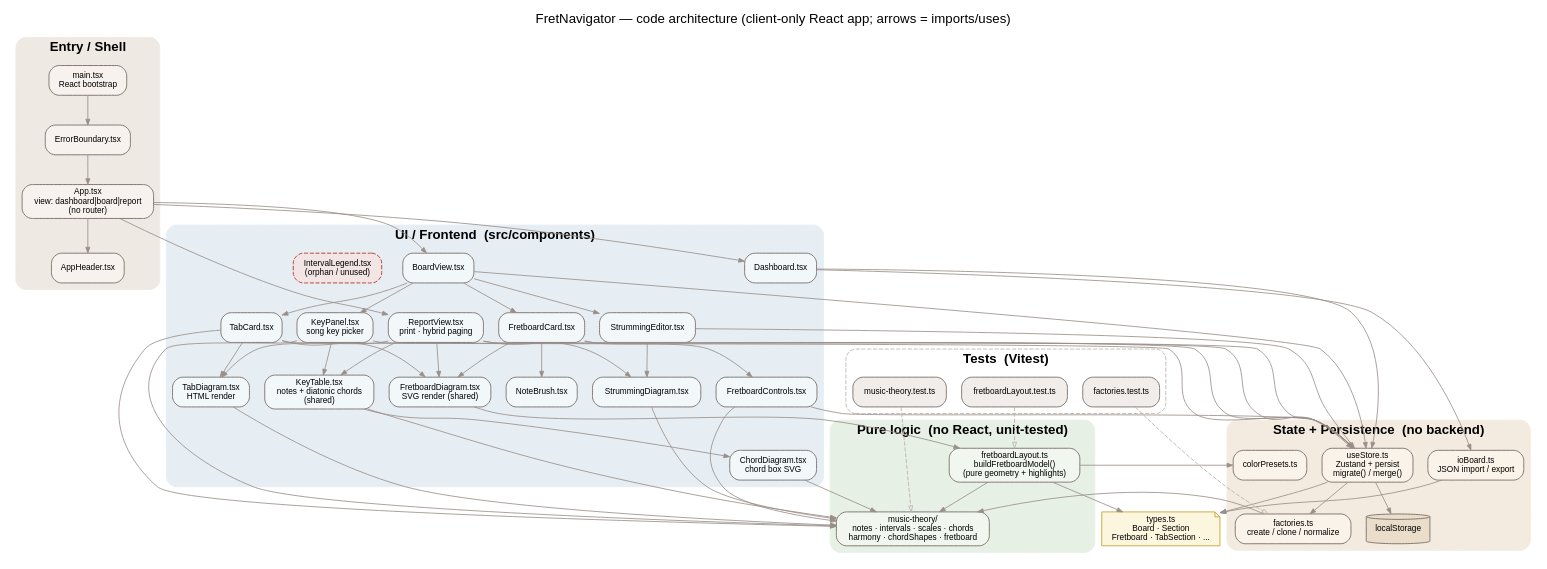
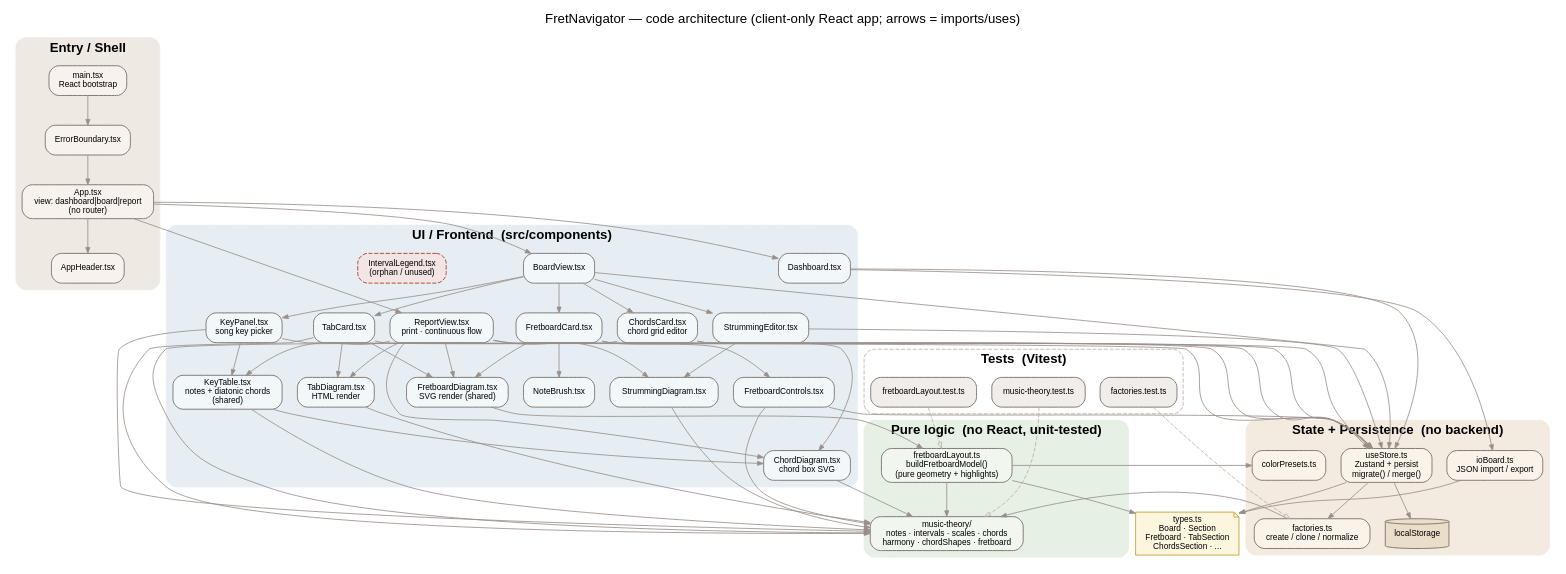
One commit to acamoes/FretNavigator changed the diagram in architecture.dot. Above: the diagram before and after it, drawn with Graphviz. The commit also changed 15 other files, not shown here.

First line of the commit message:
Add a chords section: a grid of chord boxes per song

```diff
--- a/architecture.dot
+++ b/architecture.dot
@@ -1,144 +1,150 @@
 // FretNavigator — code architecture.
 // Render:  dot -Tsvg architecture.dot -o architecture.svg
 // Or paste into https://dreampuf.github.io/GraphvizOnline or https://edotor.net
 //
 // Arrows read "imports / uses". Dependency direction flows downward:
 // UI  ->  State + Persistence  ->  Pure logic. The pure logic never imports UI.
 
 digraph FretNavigator {
   rankdir=TB;
   compound=true;
   labelloc="t";
   fontname="Helvetica";
   fontsize=16;
   label="FretNavigator — code architecture (client-only React app; arrows = imports/uses)";
 
   node [shape=box, style="rounded,filled", fontname="Helvetica", fontsize=10, color="#7a6f69", penwidth=1.1];
   edge [color="#9a8f88", fontname="Helvetica", fontsize=8, arrowsize=0.7];
 
   // ---------------- Entry / shell ----------------
   subgraph cluster_shell {
     label="Entry / Shell";
     fontname="Helvetica-Bold"; style="rounded,filled"; color="#efe9e3";
     node [fillcolor="#f7f2ed"];
     main   [label="main.tsx\nReact bootstrap"];
     eb     [label="ErrorBoundary.tsx"];
     app    [label="App.tsx\nview: dashboard|board|report\n(no router)"];
     header [label="AppHeader.tsx"];
   }
 
   // ---------------- UI / Frontend ----------------
   subgraph cluster_ui {
     label="UI / Frontend  (src/components)";
     fontname="Helvetica-Bold"; style="rounded,filled"; color="#e6eef3";
     node [fillcolor="#f2f7fa"];
     dash  [label="Dashboard.tsx"];
     bv    [label="BoardView.tsx"];
-    rv    [label="ReportView.tsx\nprint · hybrid paging"];
+    rv    [label="ReportView.tsx\nprint · continuous flow"];
     fc    [label="FretboardCard.tsx"];
     fctrl [label="FretboardControls.tsx"];
     fd    [label="FretboardDiagram.tsx\nSVG render (shared)"];
     nb    [label="NoteBrush.tsx"];
     se    [label="StrummingEditor.tsx"];
     sd    [label="StrummingDiagram.tsx"];
     tc    [label="TabCard.tsx"];
     td    [label="TabDiagram.tsx\nHTML render"];
     kp    [label="KeyPanel.tsx\nsong key picker"];
     kt    [label="KeyTable.tsx\nnotes + diatonic chords\n(shared)"];
     cd    [label="ChordDiagram.tsx\nchord box SVG"];
+    cc    [label="ChordsCard.tsx\nchord grid editor"];
     il    [label="IntervalLegend.tsx\n(orphan / unused)", fillcolor="#f2e5e4", color="#b23a2e", style="rounded,filled,dashed"];
   }
 
   // ---------------- Pure logic ----------------
   subgraph cluster_logic {
     label="Pure logic  (no React, unit-tested)";
     fontname="Helvetica-Bold"; style="rounded,filled"; color="#e7f0e5";
     node [fillcolor="#f1f7ef"];
     fl [label="fretboardLayout.ts\nbuildFretboardModel()\n(pure geometry + highlights)"];
     mt [label="music-theory/\nnotes · intervals · scales · chords\nharmony · chordShapes · fretboard"];
   }
 
   // ---------------- State + persistence ----------------
   subgraph cluster_state {
     label="State + Persistence  (no backend)";
     fontname="Helvetica-Bold"; style="rounded,filled"; color="#f3ebe0";
     node [fillcolor="#faf3e9"];
     store [label="useStore.ts\nZustand + persist\nmigrate() / merge()"];
     fact  [label="factories.ts\ncreate / clone / normalize"];
     io    [label="ioBoard.ts\nJSON import / export"];
     cp    [label="colorPresets.ts"];
     ls    [label="localStorage", shape=cylinder, fillcolor="#eaddca"];
   }
 
-  types [label="types.ts\nBoard · Section\nFretboard · TabSection · ...", shape=note, fillcolor="#fdf6df", color="#c7a53a"];
+  types [label="types.ts\nBoard · Section\nFretboard · TabSection\nChordsSection · ...", shape=note, fillcolor="#fdf6df", color="#c7a53a"];
 
   // ---------------- Tests ----------------
   subgraph cluster_tests {
     label="Tests  (Vitest)";
     fontname="Helvetica-Bold"; style="rounded,dashed"; color="#b9b0a8";
     node [fillcolor="#f0edea"];
     t1 [label="music-theory.test.ts"];
     t2 [label="fretboardLayout.test.ts"];
     t3 [label="factories.test.ts"];
   }
 
   // ---------------- Edges: shell ----------------
   main -> eb -> app;
   app -> header;
   app -> dash;
   app -> bv;
   app -> rv;
 
   // ---------------- Edges: UI composition ----------------
   bv -> se;
   bv -> kp;
   bv -> fc;
   bv -> tc;
+  bv -> cc;
+  cc -> cd;
+  cc -> mt;
   kp -> kt;
   fc -> fctrl;
   fc -> fd;
   fc -> nb;
   se -> sd;
   tc -> td;
   tc -> fd;
   rv -> fd;
   rv -> td;
   rv -> sd;
   rv -> kt;
+  rv -> cd;
 
   // ---------------- Edges: UI -> logic / state ----------------
   fd -> fl;
   fl -> mt;
   fl -> cp;
   fctrl -> mt;
   tc -> mt;
   td -> mt;
   sd -> mt;
   kt -> cd;
   kt -> mt;
   cd -> mt;
   kp -> mt;
   kp -> store;
   dash -> store;
   dash -> io;
   bv -> store;
   fc -> store;
   fctrl -> store;
   se -> store;
   tc -> store;
+  cc -> store;
   rv -> store;
 
   // ---------------- Edges: state internals ----------------
   store -> fact;
   store -> ls;
   fact -> mt;
   io -> types;
   store -> types;
   fl -> types;
 
   // ---------------- Edges: tests (dashed, "covers") ----------------
   edge [style=dashed, arrowhead=empty, color="#b9b0a8"];
   t1 -> mt;
   t2 -> fl;
   t3 -> fact;
 }
```
